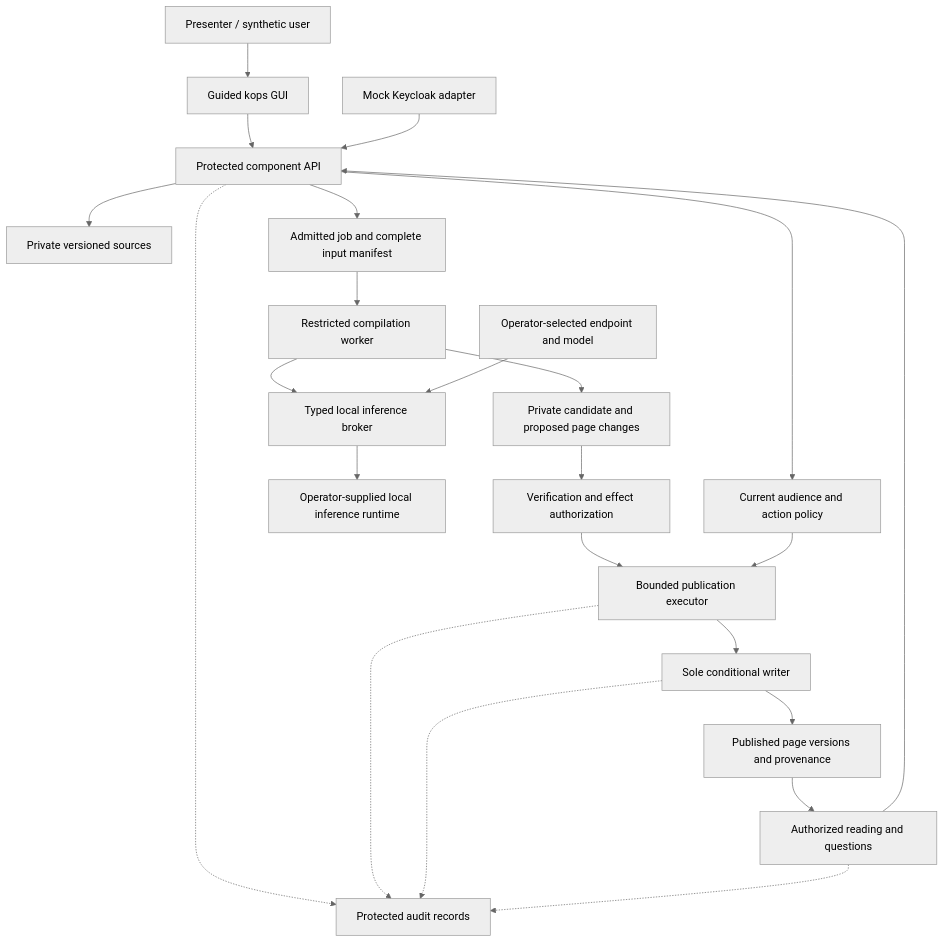
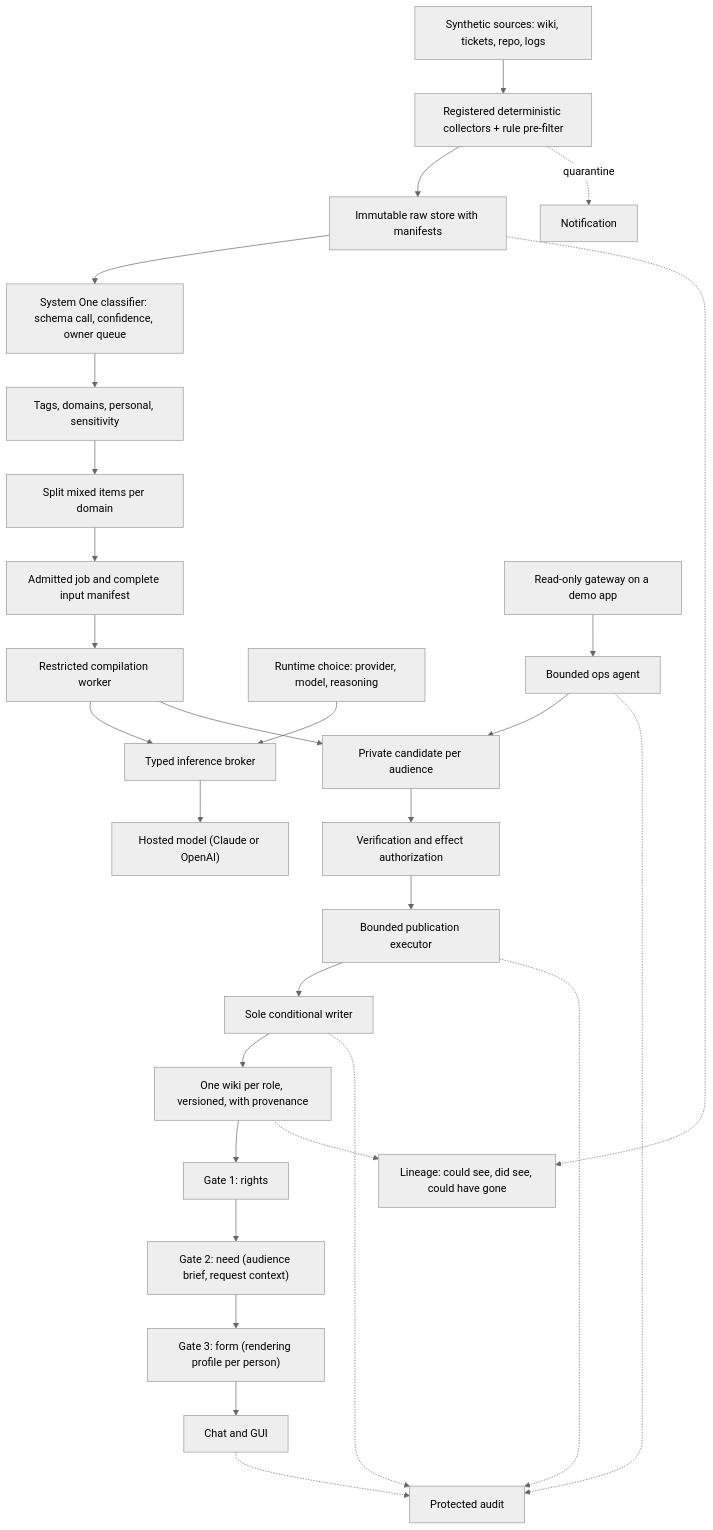
One commit to bitrockteam/kops changed the first of 2 diagrams in README.md. Above: the diagram before and after it, drawn with Mermaid (neutral theme). The commit also changed other lines of this file and 5 other files, not shown here.

First line of the commit message:
Replace the lab plan with a hosted-provider classifier and a solo handoff

````diff
--- a/README.md
+++ b/README.md
@@ -25,25 +57,31 @@
 ```mermaid
 flowchart TB
-    USER["Presenter / synthetic user"] --> GUI["Guided kops GUI"]
-    GUI --> API["Protected component API"]
-    ID["Mock Keycloak adapter"] --> API
-    API --> POLICY["Current audience and action policy"]
-    API --> SOURCES["Private versioned sources"]
-    API --> JOB["Admitted job and complete input manifest"]
+    SRC["Synthetic sources: wiki, tickets, repo, logs"] --> COLL["Registered deterministic collectors + rule pre-filter"]
+    COLL --> RAW["Immutable raw store with manifests"]
+    COLL -.->|quarantine| NTFY["Notification"]
+    RAW --> S1["System One classifier: schema call, confidence, owner queue"]
+    S1 --> LABELS["Tags, domains, personal, sensitivity"]
+    LABELS --> SPLIT["Split mixed items per domain"]
+    SPLIT --> JOB["Admitted job and complete input manifest"]
     JOB --> WORKER["Restricted compilation worker"]
-    WORKER --> BROKER["Typed local inference broker"]
-    CONFIG["Operator-selected endpoint and model"] --> BROKER
-    BROKER --> MODEL["Operator-supplied local inference runtime"]
-    WORKER --> DRAFT["Private candidate and proposed page changes"]
+    WORKER --> BROKER["Typed inference broker"]
+    CONFIG["Runtime choice: provider, model, reasoning"] --> BROKER
+    BROKER --> MODEL["Hosted model (Claude or OpenAI)"]
+    WORKER --> DRAFT["Private candidate per audience"]
     DRAFT --> REVIEW["Verification and effect authorization"]
     REVIEW --> EXEC["Bounded publication executor"]
     EXEC --> WRITE["Sole conditional writer"]
-    WRITE --> PAGES["Published page versions and provenance"]
-    PAGES --> READ["Authorized reading and questions"]
-    READ --> API
-    POLICY --> EXEC
-    API -.-> AUDIT["Protected audit records"]
+    WRITE --> WIKIS["One wiki per role, versioned, with provenance"]
+    WIKIS --> RIGHTS["Gate 1: rights"]
+    RIGHTS --> NEED["Gate 2: need (audience brief, request context)"]
+    NEED --> FORM["Gate 3: form (rendering profile per person)"]
+    FORM --> CHAT["Chat and GUI"]
+    GW["Read-only gateway on a demo app"] --> OPS["Bounded ops agent"]
+    OPS --> DRAFT
+    RAW -.-> LINEAGE["Lineage: could see, did see, could have gone"]
+    WIKIS -.-> LINEAGE
+    CHAT -.-> AUDIT["Protected audit"]
     EXEC -.-> AUDIT
     WRITE -.-> AUDIT
-    READ -.-> AUDIT
+    OPS -.-> AUDIT
 ```
````
